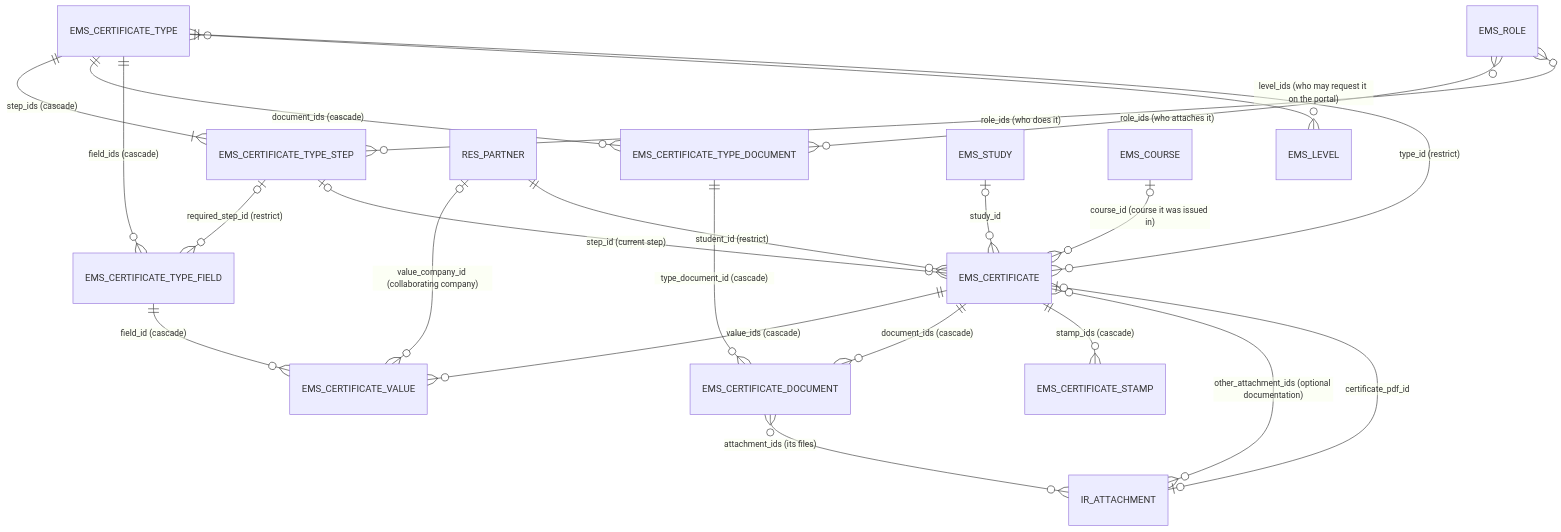
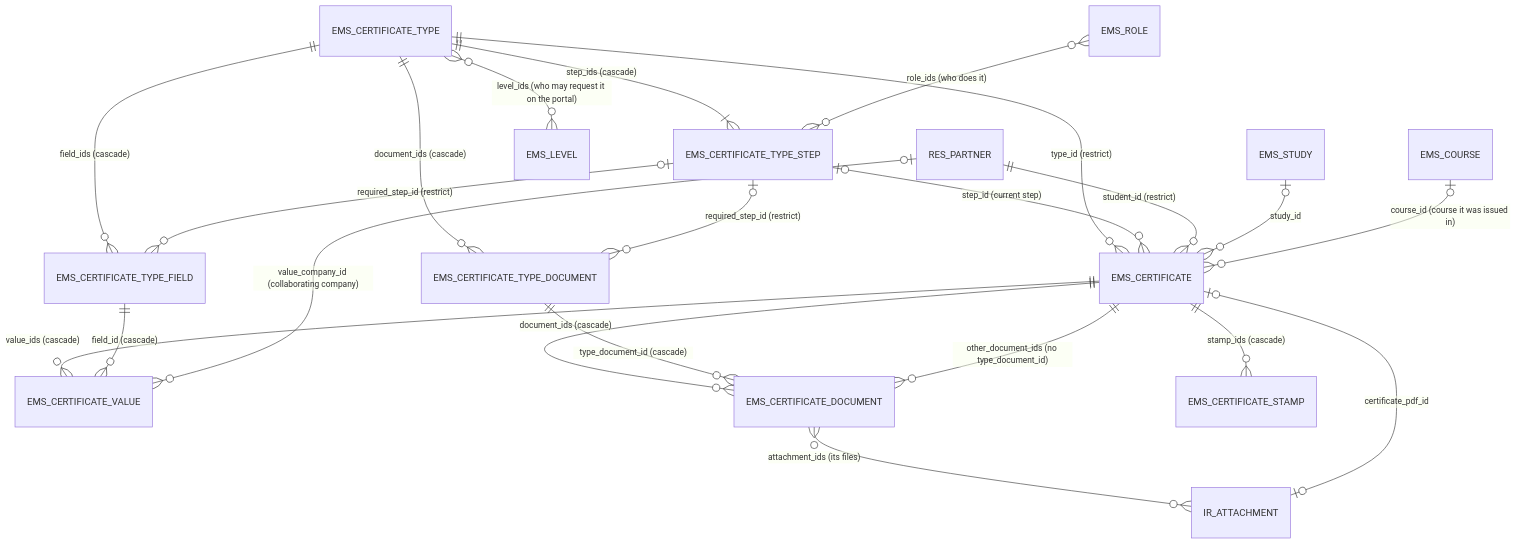
The first of 2 diagrams in docs/en/developers/certificates/certificate.md (ElPuig/EMS), drawn with Mermaid before and after one commit. The commit also changed other lines of this file and 28 other files, not shown here.

Commit message:
Certificates: documents required by step and other documentation added to the certificate (#861)

````diff
--- a/docs/en/developers/certificates/certificate.md
+++ b/docs/en/developers/certificates/certificate.md
@@ -85,24 +88,24 @@
 ```mermaid
 erDiagram
     EMS_CERTIFICATE_TYPE ||--|{ EMS_CERTIFICATE_TYPE_STEP : "step_ids (cascade)"
     EMS_CERTIFICATE_TYPE ||--o{ EMS_CERTIFICATE_TYPE_DOCUMENT : "document_ids (cascade)"
     EMS_CERTIFICATE_TYPE ||--o{ EMS_CERTIFICATE_TYPE_FIELD : "field_ids (cascade)"
     EMS_CERTIFICATE_TYPE_STEP |o--o{ EMS_CERTIFICATE_TYPE_FIELD : "required_step_id (restrict)"
     EMS_CERTIFICATE ||--o{ EMS_CERTIFICATE_VALUE : "value_ids (cascade)"
     EMS_CERTIFICATE_TYPE_FIELD ||--o{ EMS_CERTIFICATE_VALUE : "field_id (cascade)"
     RES_PARTNER |o--o{ EMS_CERTIFICATE_VALUE : "value_company_id (collaborating company)"
-    EMS_ROLE }o--o{ EMS_CERTIFICATE_TYPE_DOCUMENT : "role_ids (who attaches it)"
+    EMS_CERTIFICATE_TYPE_STEP |o--o{ EMS_CERTIFICATE_TYPE_DOCUMENT : "required_step_id (restrict)"
     EMS_CERTIFICATE ||--o{ EMS_CERTIFICATE_DOCUMENT : "document_ids (cascade)"
     EMS_CERTIFICATE_TYPE_DOCUMENT ||--o{ EMS_CERTIFICATE_DOCUMENT : "type_document_id (cascade)"
     EMS_CERTIFICATE_DOCUMENT }o--o{ IR_ATTACHMENT : "attachment_ids (its files)"
     EMS_CERTIFICATE_TYPE }o--o{ EMS_LEVEL : "level_ids (who may request it on the portal)"
     EMS_ROLE }o--o{ EMS_CERTIFICATE_TYPE_STEP : "role_ids (who does it)"
     EMS_CERTIFICATE_TYPE ||--o{ EMS_CERTIFICATE : "type_id (restrict)"
     EMS_CERTIFICATE_TYPE_STEP |o--o{ EMS_CERTIFICATE : "step_id (current step)"
     RES_PARTNER ||--o{ EMS_CERTIFICATE : "student_id (restrict)"
     EMS_STUDY |o--o{ EMS_CERTIFICATE : "study_id"
     EMS_COURSE |o--o{ EMS_CERTIFICATE : "course_id (course it was issued in)"
     EMS_CERTIFICATE ||--o{ EMS_CERTIFICATE_STAMP : "stamp_ids (cascade)"
-    EMS_CERTIFICATE }o--o{ IR_ATTACHMENT : "other_attachment_ids (optional documentation)"
+    EMS_CERTIFICATE ||--o{ EMS_CERTIFICATE_DOCUMENT : "other_document_ids (no type_document_id)"
     EMS_CERTIFICATE |o--o| IR_ATTACHMENT : "certificate_pdf_id"
 ```
````
